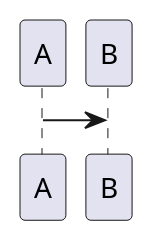
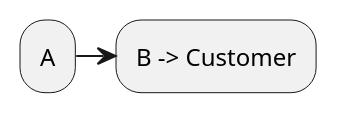
One commit to mordsm/Automation changed the first of 4 diagrams in test.md. Above: the diagram before and after it, drawn with PlantUML. The commit also changed other lines of this file and 215 other files, not shown here.

````diff
--- a/test.md
+++ b/test.md
@@ -3,3 +3,3 @@
 ```puml
-A -> B
+A -> B -> Customer
 ```
````
